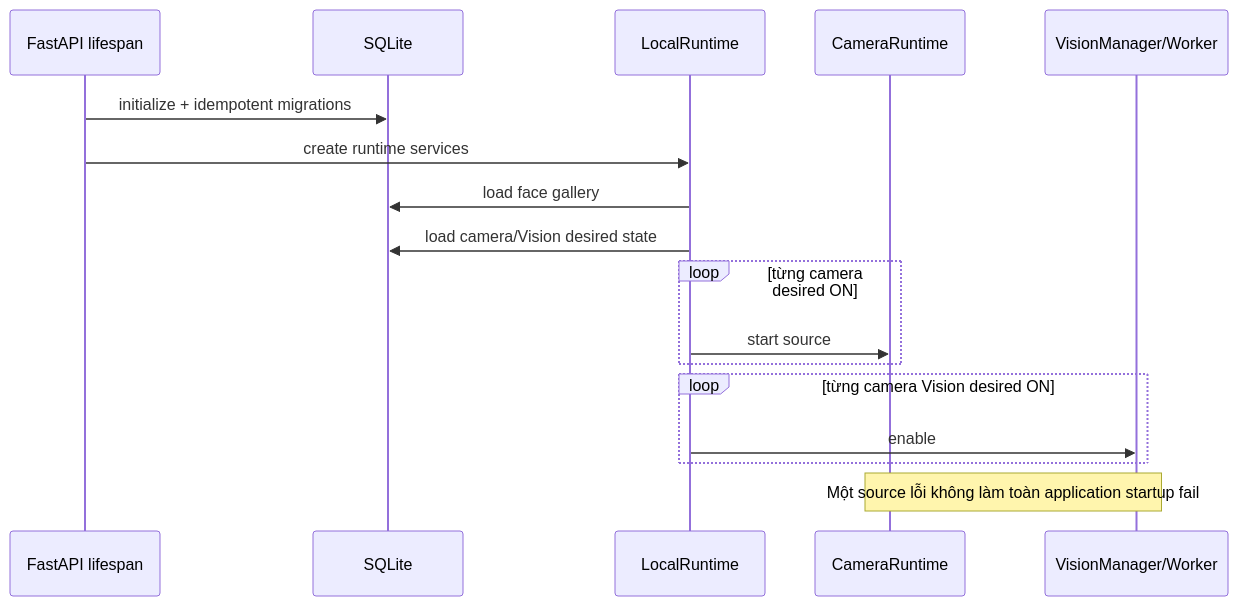
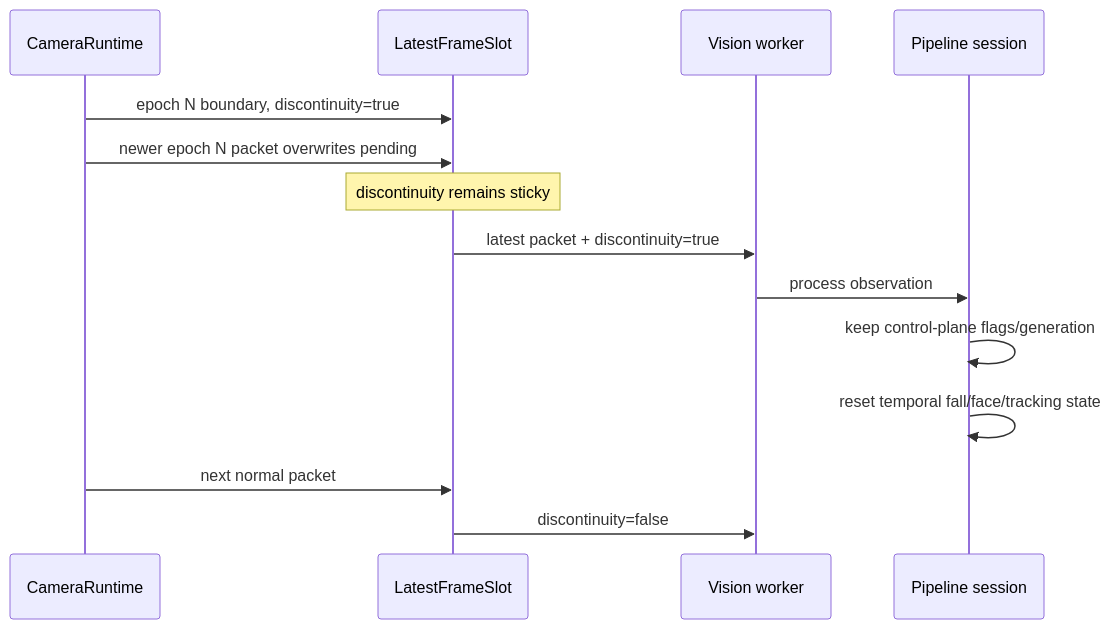
The fourth of 7 diagrams in docs/architecture_diagram.md (daoquocdai/P227), drawn with Mermaid before and after one commit. The commit also changed other lines of this file and 23 other files, not shown here.

Commit message:
refactor: simplify vision flow and strengthen regression tests

````diff
--- a/docs/architecture_diagram.md
+++ b/docs/architecture_diagram.md
@@ -126,23 +69,17 @@
 ```mermaid
 sequenceDiagram
-    participant APP as FastAPI lifespan
-    participant DB as SQLite
-    participant RT as LocalRuntime
-    participant CAM as CameraRuntime
-    participant VIS as VisionManager/Worker
+    participant C as CameraRuntime
+    participant S as LatestFrameSlot
+    participant V as Vision worker
+    participant P as Pipeline session
 
-    APP->>DB: initialize + idempotent migrations
-    APP->>RT: create runtime services
-    RT->>DB: load face gallery
-    RT->>DB: load camera/Vision desired state
-
-    loop từng camera desired ON
-        RT->>CAM: start source
-    end
-
-    loop từng camera Vision desired ON
-        RT->>VIS: enable
-    end
-
-    Note over CAM,VIS: Một source lỗi không làm toàn application startup fail
+    C->>S: epoch N boundary, discontinuity=true
+    C->>S: newer epoch N packet overwrites pending
+    Note over S: discontinuity remains sticky
+    S->>V: latest packet + discontinuity=true
+    V->>P: process observation
+    P->>P: keep control-plane flags/generation
+    P->>P: reset temporal fall/face/tracking state
+    C->>S: next normal packet
+    S->>V: discontinuity=false
 ```
````
